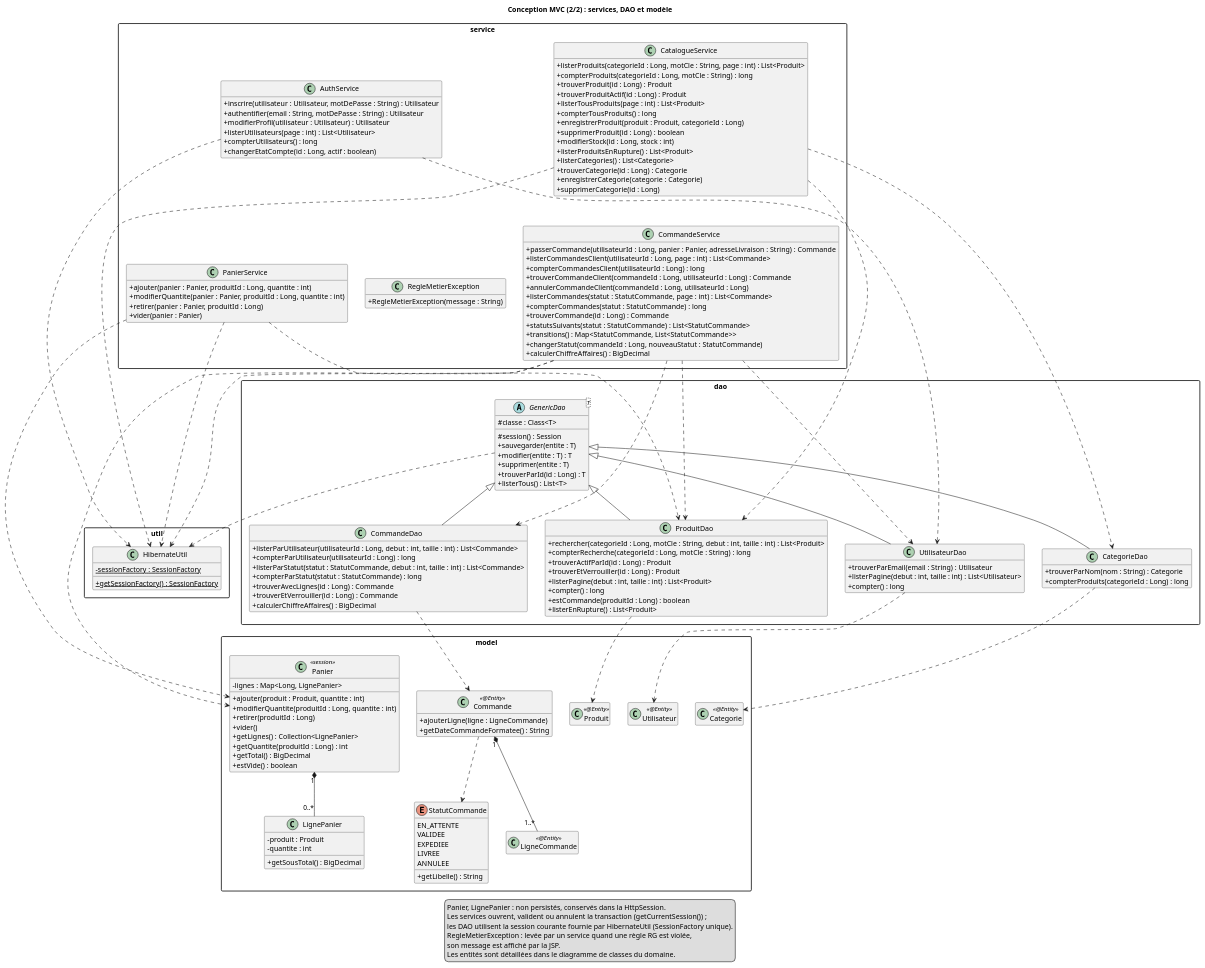
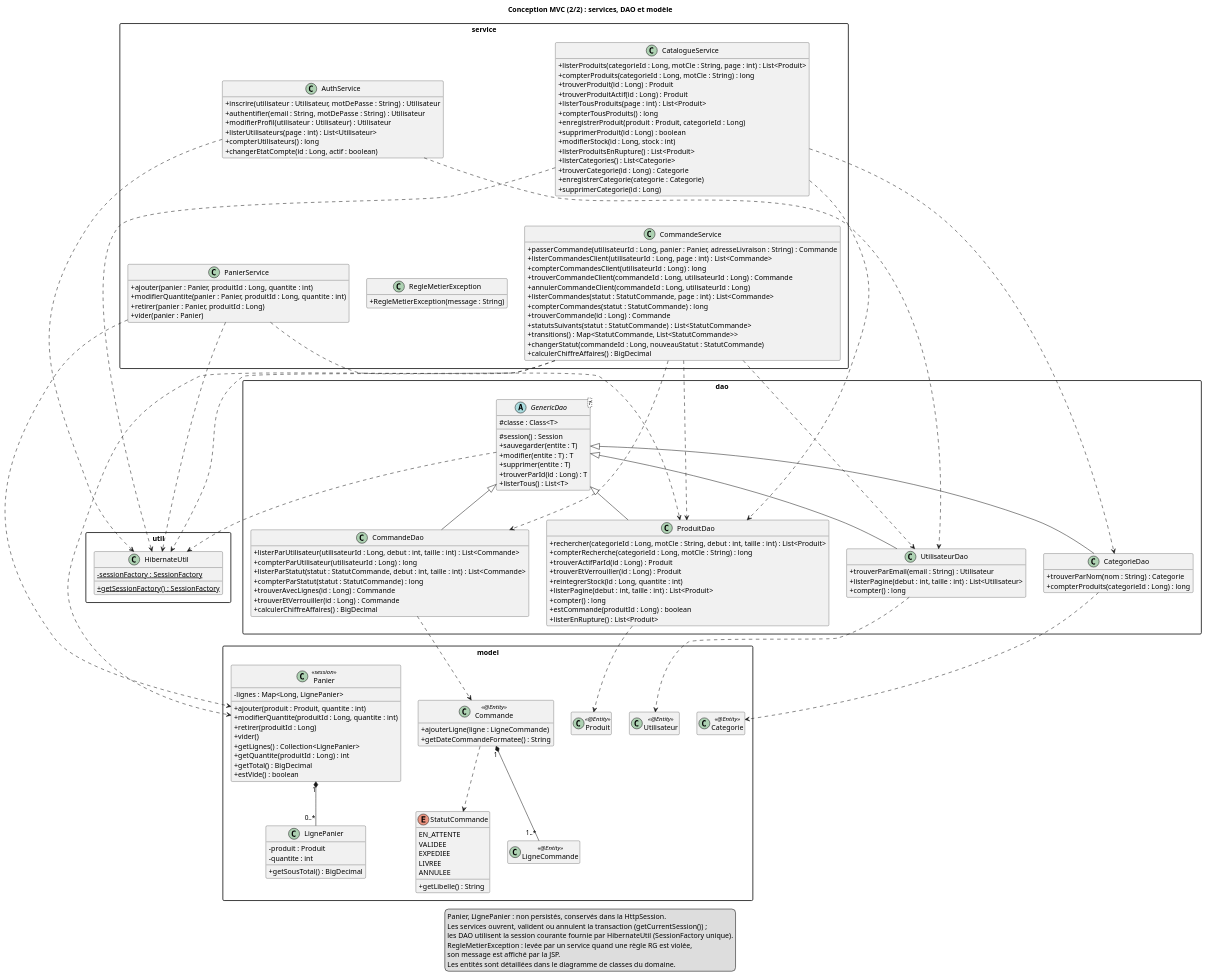
The diagram in docs/uml/classes-conception-metier.puml (unk-user/Boutique-JEE), drawn with PlantUML before and after one commit. The commit also changed 3 other files, not shown here.

```diff
--- a/docs/uml/classes-conception-metier.puml
+++ b/docs/uml/classes-conception-metier.puml
@@ -1,188 +1,189 @@
 @startuml classes-conception-metier
 title Conception MVC (2/2) : services, DAO et modèle
 skinparam classAttributeIconSize 0
 skinparam packageStyle rectangle
 hide empty members
 
 package "service" {
   class AuthService {
     + inscrire(utilisateur : Utilisateur, motDePasse : String) : Utilisateur
     + authentifier(email : String, motDePasse : String) : Utilisateur
     + modifierProfil(utilisateur : Utilisateur) : Utilisateur
     + listerUtilisateurs(page : int) : List<Utilisateur>
     + compterUtilisateurs() : long
     + changerEtatCompte(id : Long, actif : boolean)
   }
   class CatalogueService {
     + listerProduits(categorieId : Long, motCle : String, page : int) : List<Produit>
     + compterProduits(categorieId : Long, motCle : String) : long
     + trouverProduit(id : Long) : Produit
     + trouverProduitActif(id : Long) : Produit
     + listerTousProduits(page : int) : List<Produit>
     + compterTousProduits() : long
     + enregistrerProduit(produit : Produit, categorieId : Long)
     + supprimerProduit(id : Long) : boolean
     + modifierStock(id : Long, stock : int)
     + listerProduitsEnRupture() : List<Produit>
     + listerCategories() : List<Categorie>
     + trouverCategorie(id : Long) : Categorie
     + enregistrerCategorie(categorie : Categorie)
     + supprimerCategorie(id : Long)
   }
   class PanierService {
     + ajouter(panier : Panier, produitId : Long, quantite : int)
     + modifierQuantite(panier : Panier, produitId : Long, quantite : int)
     + retirer(panier : Panier, produitId : Long)
     + vider(panier : Panier)
   }
   class CommandeService {
     + passerCommande(utilisateurId : Long, panier : Panier, adresseLivraison : String) : Commande
     + listerCommandesClient(utilisateurId : Long, page : int) : List<Commande>
     + compterCommandesClient(utilisateurId : Long) : long
     + trouverCommandeClient(commandeId : Long, utilisateurId : Long) : Commande
     + annulerCommandeClient(commandeId : Long, utilisateurId : Long)
     + listerCommandes(statut : StatutCommande, page : int) : List<Commande>
     + compterCommandes(statut : StatutCommande) : long
     + trouverCommande(id : Long) : Commande
     + statutsSuivants(statut : StatutCommande) : List<StatutCommande>
     + transitions() : Map<StatutCommande, List<StatutCommande>>
     + changerStatut(commandeId : Long, nouveauStatut : StatutCommande)
     + calculerChiffreAffaires() : BigDecimal
   }
   class RegleMetierException {
     + RegleMetierException(message : String)
   }
 }
 
 package "dao" {
   abstract class "GenericDao<T>" as GenericDao {
     # classe : Class<T>
     # session() : Session
     + sauvegarder(entite : T)
     + modifier(entite : T) : T
     + supprimer(entite : T)
     + trouverParId(id : Long) : T
     + listerTous() : List<T>
   }
   class UtilisateurDao {
     + trouverParEmail(email : String) : Utilisateur
     + listerPagine(debut : int, taille : int) : List<Utilisateur>
     + compter() : long
   }
   class CategorieDao {
     + trouverParNom(nom : String) : Categorie
     + compterProduits(categorieId : Long) : long
   }
   class ProduitDao {
     + rechercher(categorieId : Long, motCle : String, debut : int, taille : int) : List<Produit>
     + compterRecherche(categorieId : Long, motCle : String) : long
     + trouverActifParId(id : Long) : Produit
     + trouverEtVerrouiller(id : Long) : Produit
+    + reintegrerStock(id : Long, quantite : int)
     + listerPagine(debut : int, taille : int) : List<Produit>
     + compter() : long
     + estCommande(produitId : Long) : boolean
     + listerEnRupture() : List<Produit>
   }
   class CommandeDao {
     + listerParUtilisateur(utilisateurId : Long, debut : int, taille : int) : List<Commande>
     + compterParUtilisateur(utilisateurId : Long) : long
     + listerParStatut(statut : StatutCommande, debut : int, taille : int) : List<Commande>
     + compterParStatut(statut : StatutCommande) : long
     + trouverAvecLignes(id : Long) : Commande
     + trouverEtVerrouiller(id : Long) : Commande
     + calculerChiffreAffaires() : BigDecimal
   }
 }
 
 package "model" {
   class Utilisateur <<@Entity>>
   class Categorie <<@Entity>>
   class Produit <<@Entity>>
   class Commande <<@Entity>> {
     + ajouterLigne(ligne : LigneCommande)
     + getDateCommandeFormatee() : String
   }
   enum StatutCommande {
     EN_ATTENTE
     VALIDEE
     EXPEDIEE
     LIVREE
     ANNULEE
     + getLibelle() : String
   }
   class LigneCommande <<@Entity>>
   class Panier <<session>> {
     - lignes : Map<Long, LignePanier>
     + ajouter(produit : Produit, quantite : int)
     + modifierQuantite(produitId : Long, quantite : int)
     + retirer(produitId : Long)
     + vider()
     + getLignes() : Collection<LignePanier>
     + getQuantite(produitId : Long) : int
     + getTotal() : BigDecimal
     + estVide() : boolean
   }
   class LignePanier {
     - produit : Produit
     - quantite : int
     + getSousTotal() : BigDecimal
   }
 }
 
 package "util" {
   class HibernateUtil {
     - {static} sessionFactory : SessionFactory
     + {static} getSessionFactory() : SessionFactory
   }
 }
 
 ' Services -> DAO
 AuthService ..> UtilisateurDao
 CatalogueService ..> ProduitDao
 CatalogueService ..> CategorieDao
 PanierService ..> ProduitDao
 CommandeService ..> CommandeDao
 CommandeService ..> ProduitDao
 CommandeService ..> UtilisateurDao
 
 PanierService ..> Panier
 CommandeService ..> Panier
 UtilisateurDao ..> Utilisateur
 CategorieDao ..> Categorie
 ProduitDao ..> Produit
 CommandeDao ..> Commande
 Commande "1" *-- "1..*" LigneCommande
 Commande ..> StatutCommande
 
 ' Mise en page : services et DAO sur deux rangées
 AuthService -[hidden]right- CatalogueService
 AuthService -[hidden]down- PanierService
 CatalogueService -[hidden]down- CommandeService
 PanierService -[hidden]right- RegleMetierException
 PanierService -[hidden]down- GenericDao
 CommandeService -[hidden]down- GenericDao
 
 ' Héritage DAO
 GenericDao <|-- UtilisateurDao
 GenericDao <|-- CategorieDao
 GenericDao <|-- ProduitDao
 GenericDao <|-- CommandeDao
 
 GenericDao ..> HibernateUtil
 AuthService ..> HibernateUtil
 CatalogueService ..> HibernateUtil
 PanierService ..> HibernateUtil
 CommandeService ..> HibernateUtil
 Panier "1" *-- "0..*" LignePanier
 
 
 
 legend bottom
   Panier, LignePanier : non persistés, conservés dans la HttpSession.
   Les services ouvrent, valident ou annulent la transaction (getCurrentSession()) ;
   les DAO utilisent la session courante fournie par HibernateUtil (SessionFactory unique).
   RegleMetierException : levée par un service quand une règle RG est violée,
   son message est affiché par la JSP.
   Les entités sont détaillées dans le diagramme de classes du domaine.
 endlegend
 @enduml
```
